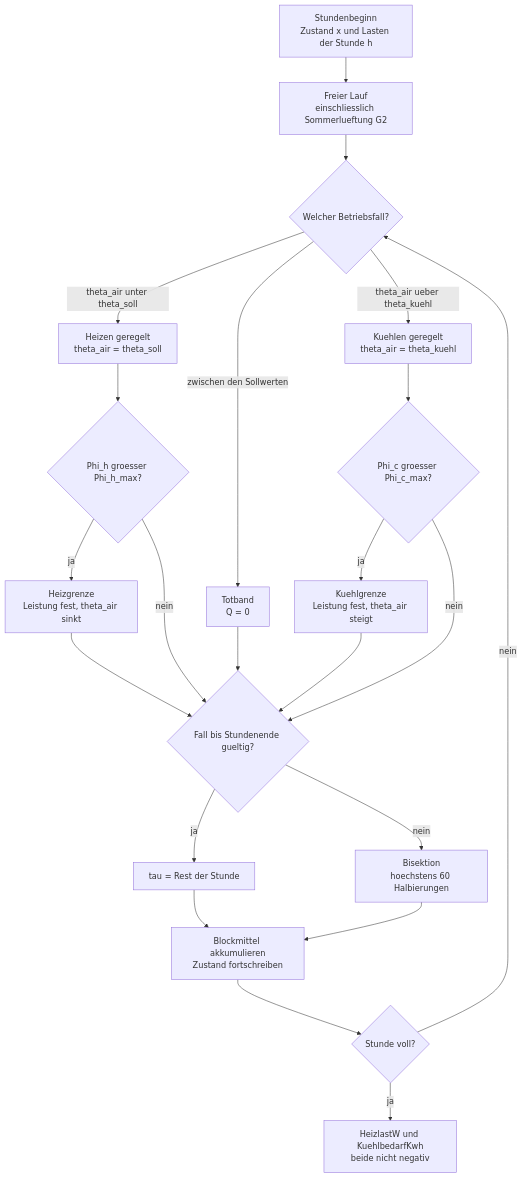
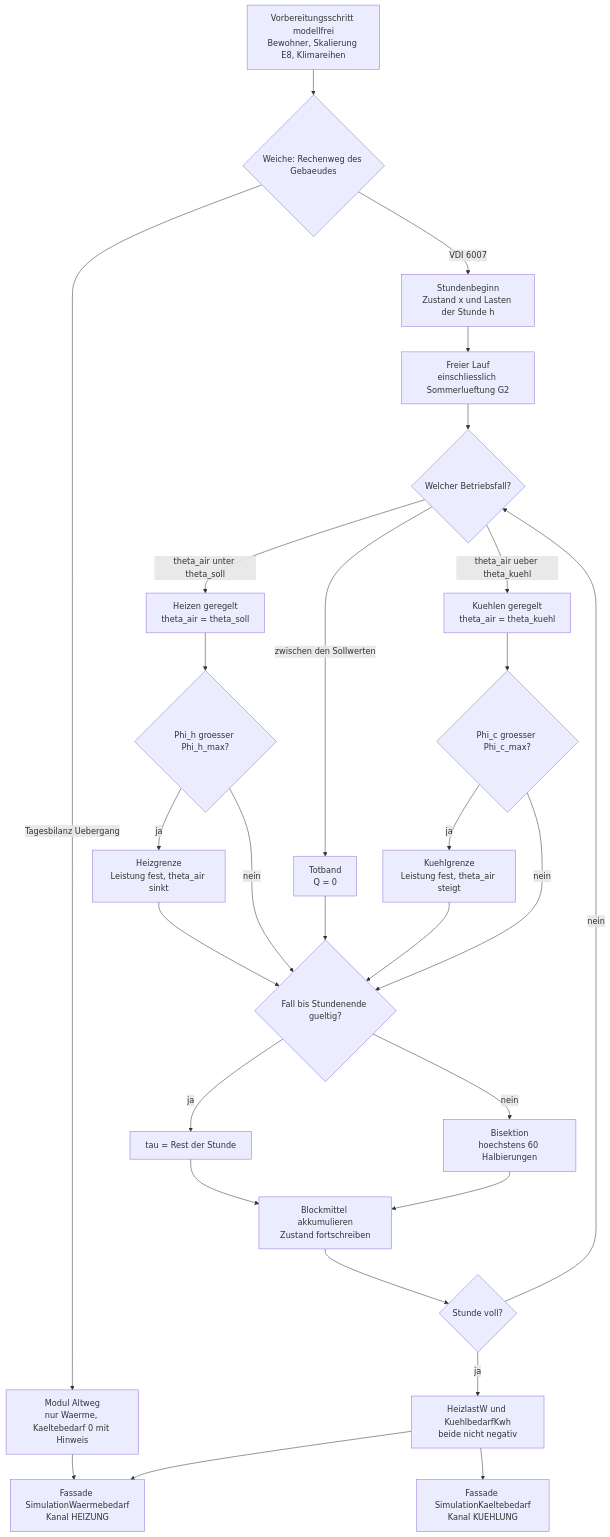
Before and after one commit to inekon/EPOS-Plan: the first of 4 diagrams in Dokumentation/aktuell/Konzept_Kuehlung_Gebaeudesimulation_EPOS-Plan.md, drawn with Mermaid. The commit also changed other lines of this file and 13 other files, not shown here.

````diff
--- a/Dokumentation/aktuell/Konzept_Kuehlung_Gebaeudesimulation_EPOS-Plan.md
+++ b/Dokumentation/aktuell/Konzept_Kuehlung_Gebaeudesimulation_EPOS-Plan.md
@@ -352,24 +424,30 @@
 ```mermaid
 flowchart TD
+    VOR["Vorbereitungsschritt modellfrei<br/>Bewohner, Skalierung E8, Klimareihen"] --> WEI{"Weiche: Rechenweg des Gebaeudes"}
+    WEI -->|"Tagesbilanz Uebergang"| ALT["Modul Altweg<br/>nur Waerme, Kaeltebedarf 0 mit Hinweis"]
+    WEI -->|"VDI 6007"| S
     S["Stundenbeginn<br/>Zustand x und Lasten der Stunde h"] --> F["Freier Lauf<br/>einschliesslich Sommerlueftung G2"]
     F --> D{"Welcher Betriebsfall?"}
     D -->|"theta_air unter theta_soll"| H["Heizen geregelt<br/>theta_air = theta_soll"]
     D -->|"zwischen den Sollwerten"| N["Totband<br/>Q = 0"]
     D -->|"theta_air ueber theta_kuehl"| C["Kuehlen geregelt<br/>theta_air = theta_kuehl"]
     H --> HG{"Phi_h groesser Phi_h_max?"}
     C --> CG{"Phi_c groesser Phi_c_max?"}
     HG -->|ja| HL["Heizgrenze<br/>Leistung fest, theta_air sinkt"]
     CG -->|ja| CL["Kuehlgrenze<br/>Leistung fest, theta_air steigt"]
     HG -->|nein| V{"Fall bis Stundenende gueltig?"}
     CG -->|nein| V
     HL --> V
     CL --> V
     N --> V
     V -->|ja| T["tau = Rest der Stunde"]
     V -->|nein| B["Bisektion<br/>hoechstens 60 Halbierungen"]
     T --> A["Blockmittel akkumulieren<br/>Zustand fortschreiben"]
     B --> A
     A --> W{"Stunde voll?"}
     W -->|nein| D
     W -->|ja| E["HeizlastW und KuehlbedarfKwh<br/>beide nicht negativ"]
+    E --> FW["Fassade SimulationWaermebedarf<br/>Kanal HEIZUNG"]
+    E --> FK["Fassade SimulationKaeltebedarf<br/>Kanal KUEHLUNG"]
+    ALT --> FW
 ```
````
